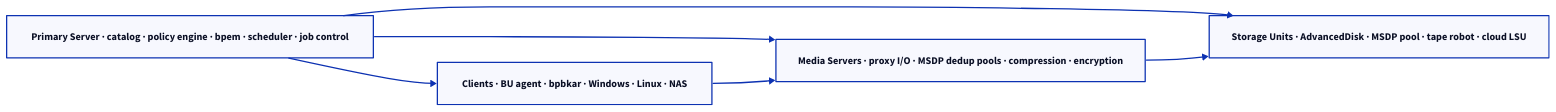
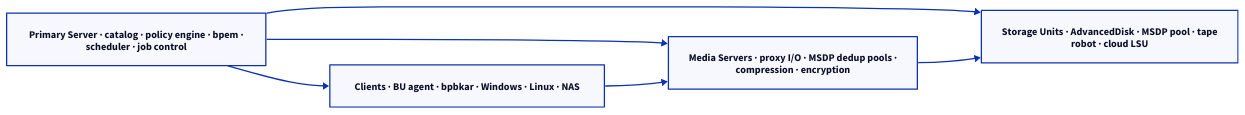
One commit to canast01/chris-kb changed the diagram in docs/backup/netbackup/architecture/how-it-works/index.md. Above: the diagram before and after it, drawn with D2. The commit also changed 192 other files, not shown here.

````diff
--- a/docs/backup/netbackup/architecture/how-it-works/index.md
+++ b/docs/backup/netbackup/architecture/how-it-works/index.md
@@ -20,14 +20,14 @@
 ```d2
 direction: right
 
-Primary: "Primary Server · catalog · policy engine · bpem · scheduler · job control" {shape: rectangle}
-MediaSrv: "Media Servers · proxy I/O · MSDP dedup pools · compression · encryption" {shape: rectangle}
+Primary: "Primary Server · catalog · policy engine · bpem ·\nscheduler · job control" {shape: rectangle}
+MediaSrv: "Media Servers · proxy I/O · MSDP dedup pools ·\ncompression · encryption" {shape: rectangle}
 Clients: "Clients · BU agent · bpbkar · Windows · Linux · NAS" {shape: rectangle}
-Storage: "Storage Units · AdvancedDisk · MSDP pool · tape robot · cloud LSU" {shape: rectangle}
+Storage: "Storage Units · AdvancedDisk · MSDP pool · tape\nrobot · cloud LSU" {shape: rectangle}
 
 Primary -> MediaSrv
 Primary -> Clients
 Clients -> MediaSrv
 Primary -> Storage
 MediaSrv -> Storage
 ```
````
